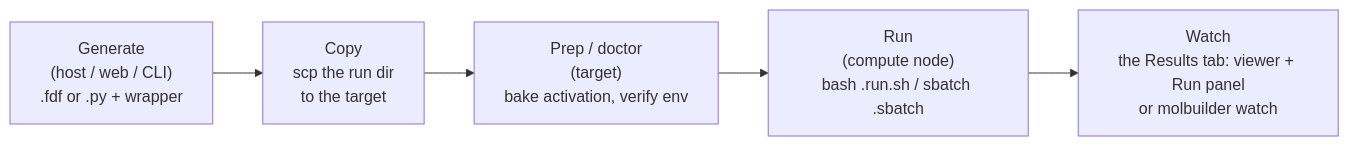
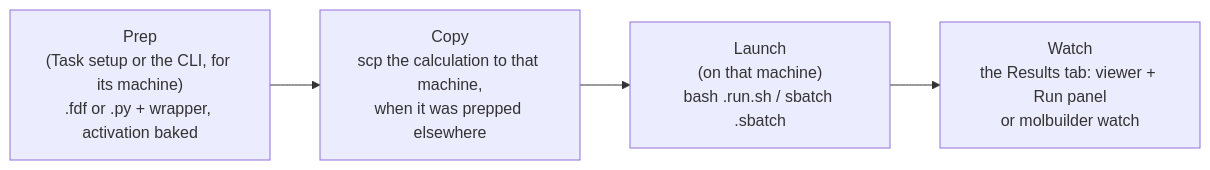
One commit to Qing-LAB/molbuilder changed the first of 6 diagrams in docs/execution/running-a-job.md. Above: the diagram before and after it, drawn with Mermaid. The commit also changed other lines of this file and 8 other files, not shown here.

First line of the commit message:
Documents brought to the rules they still contradicted: step 5 copies, a redo is a rollback, the copy names its machine

````diff
--- a/docs/execution/running-a-job.md
+++ b/docs/execution/running-a-job.md
@@ -30,9 +30,8 @@
 ```mermaid
 flowchart LR
-    G["Generate<br/>(host / web / CLI)<br/>.fdf or .py + wrapper"]
-    C["Copy<br/>scp the run dir<br/>to the target"]
-    P["Prep / doctor<br/>(target)<br/>bake activation, verify env"]
-    R["Run<br/>(compute node)<br/>bash .run.sh / sbatch .sbatch"]
+    P["Prep<br/>(Task setup or the CLI, for its machine)<br/>.fdf or .py + wrapper, activation baked"]
+    C["Copy<br/>scp the calculation to that machine,<br/>when it was prepped elsewhere"]
+    R["Launch<br/>(on that machine)<br/>bash .run.sh / sbatch .sbatch"]
     W["Watch<br/>the Results tab: viewer + Run panel<br/>or molbuilder watch"]
-    G --> C --> P --> R --> W
+    P --> C --> R --> W
 ```
````
